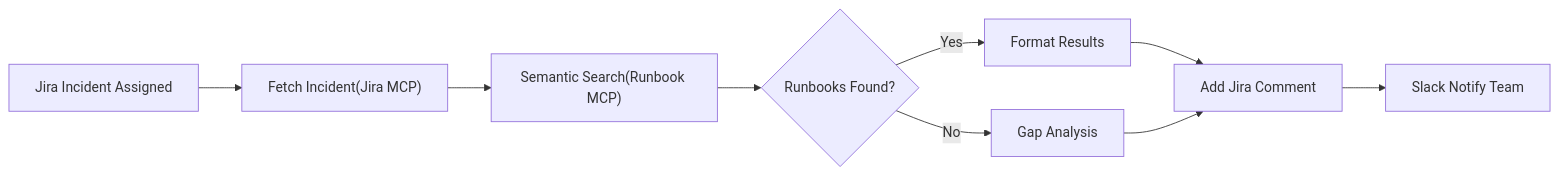
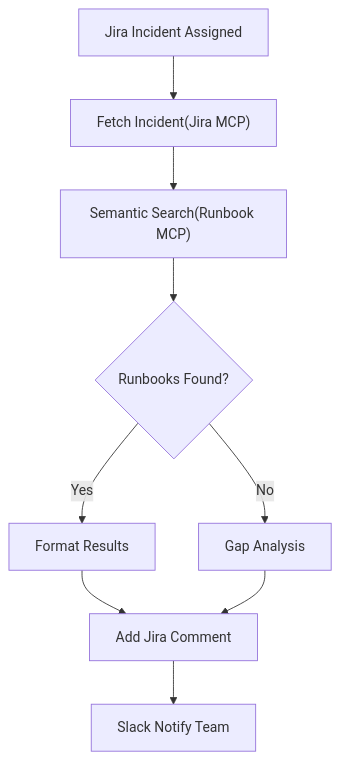
One commit to bprzybys-nc/db_use_case_144 changed the first of 2 diagrams in planning.md. Above: the diagram before and after it, drawn with Mermaid.

Commit message:
graph fix

````diff
--- a/planning.md
+++ b/planning.md
@@ -25,11 +25,11 @@
 ```mermaid
-flowchart LR
+flowchart TD
     A["Jira Incident Assigned"] --> B["Fetch Incident(Jira MCP)"]
     B --> C["Semantic Search(Runbook MCP)"]
     C --> D{"Runbooks Found?"}
     D -->|Yes| E["Format Results"]
     D -->|No| F["Gap Analysis"]
     E --> G["Add Jira Comment"]
     F --> G
     G --> H["Slack Notify Team"]
 ```
````
